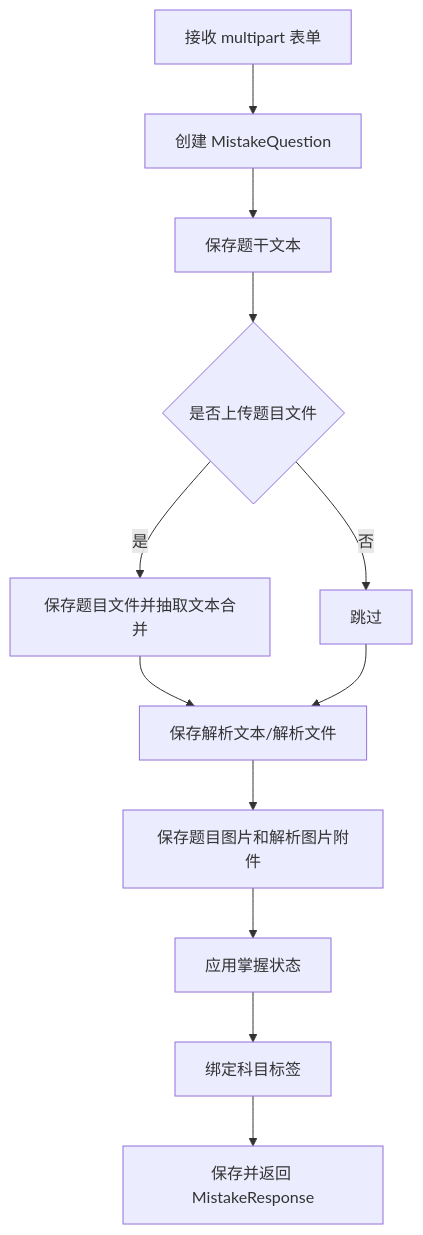
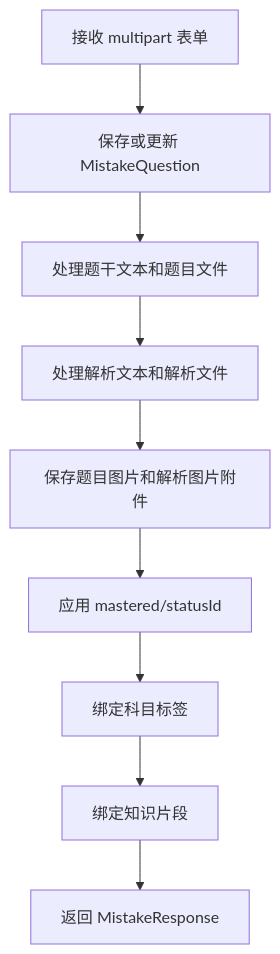
Before and after one commit to LinHonk1128/ips_java: the sixth of 6 diagrams in docs/05-detailed-design.md, drawn with Mermaid. The commit also changed other lines of this file and 48 other files, not shown here.

````diff
--- a/docs/05-detailed-design.md
+++ b/docs/05-detailed-design.md
@@ -323,14 +321,11 @@
 ```mermaid
 flowchart TD
-    A["接收 multipart 表单"] --> B["创建 MistakeQuestion"]
-    B --> C["保存题干文本"]
-    C --> D{"是否上传题目文件"}
-    D -- "是" --> E["保存题目文件并抽取文本合并"]
-    D -- "否" --> F["跳过"]
-    E --> G["保存解析文本/解析文件"]
-    F --> G
-    G --> H["保存题目图片和解析图片附件"]
-    H --> I["应用掌握状态"]
-    I --> J["绑定科目标签"]
-    J --> K["保存并返回 MistakeResponse"]
+    A["接收 multipart 表单"] --> B["保存或更新 MistakeQuestion"]
+    B --> C["处理题干文本和题目文件"]
+    C --> D["处理解析文本和解析文件"]
+    D --> E["保存题目图片和解析图片附件"]
+    E --> F["应用 mastered/statusId"]
+    F --> G["绑定科目标签"]
+    G --> H["绑定知识片段"]
+    H --> I["返回 MistakeResponse"]
 ```
````
